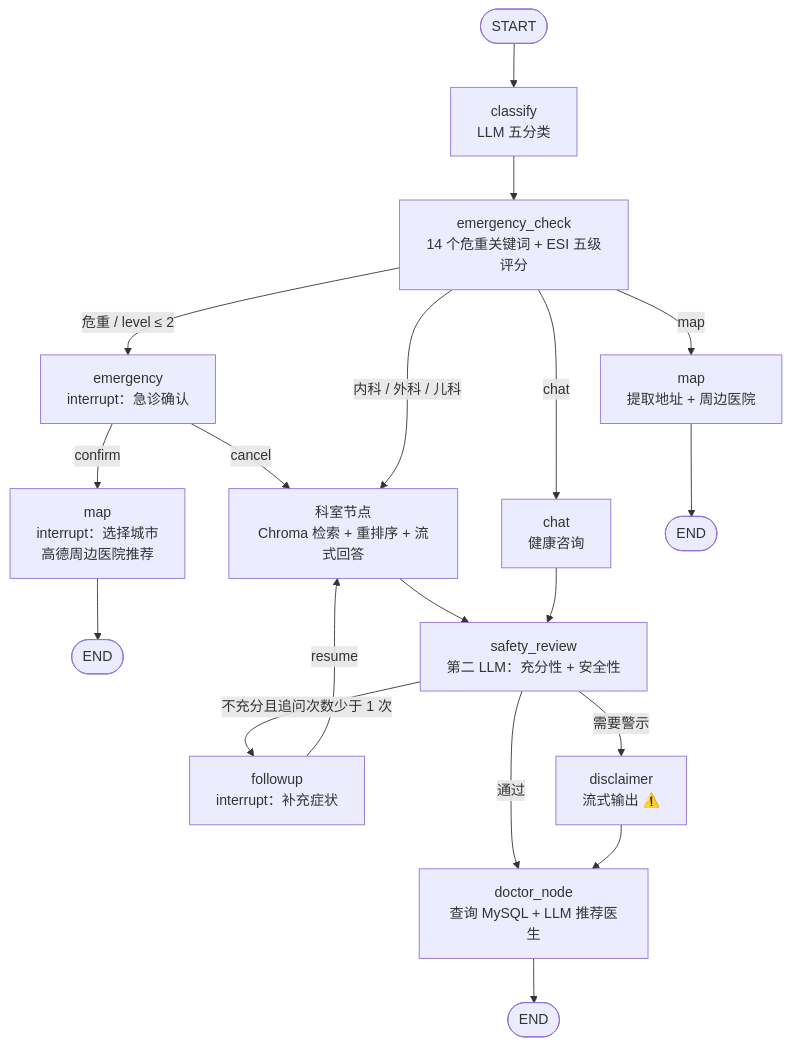
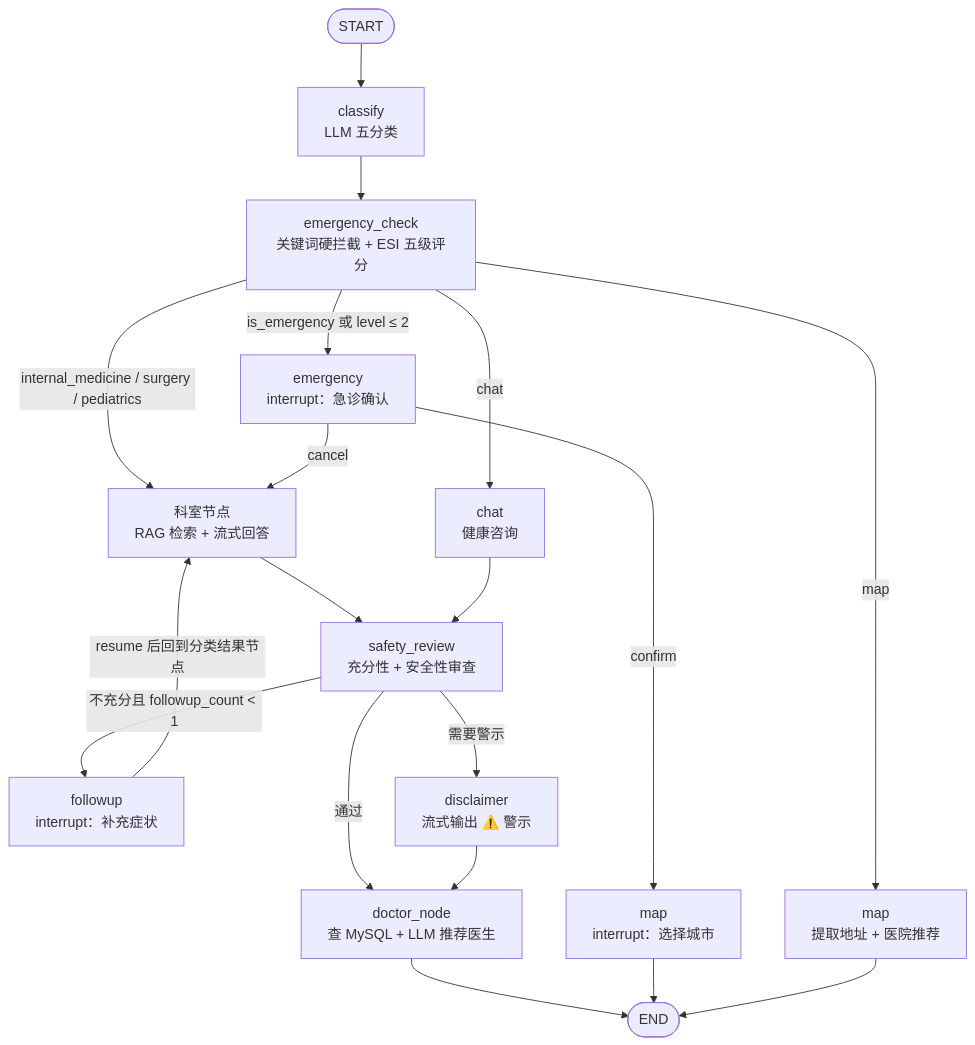
One commit to K-unK-un/Medical-Q-A-Agent changed the second of 2 diagrams in README.md. Above: the diagram before and after it, drawn with Mermaid. The commit also changed other lines of this file and 2 other files, not shown here.

````diff
--- a/README.md
+++ b/README.md
@@ -24,21 +64,26 @@
 ```mermaid
 flowchart TD
-    S(["START"]) --> classify["classify<br/>LLM 五分类"]
-    classify --> check["emergency_check<br/>14 个危重关键词 + ESI 五级评分"]
-    check -->|"危重 / level ≤ 2"| emergency["emergency<br/>interrupt：急诊确认"]
-    emergency -->|confirm| mapEmg["map<br/>interrupt：选择城市<br/>高德周边医院推荐"]
-    emergency -->|cancel| dept
-    mapEmg --> E1(["END"])
-    check -->|"内科 / 外科 / 儿科"| dept["科室节点<br/>Chroma 检索 + 重排序 + 流式回答"]
-    check -->|chat| chat["chat<br/>健康咨询"]
-    check -->|map| map["map<br/>提取地址 + 周边医院"]
-    dept --> review["safety_review<br/>第二 LLM：充分性 + 安全性"]
-    chat --> review
-    review -->|"不充分且追问次数少于 1 次"| followup["followup<br/>interrupt：补充症状"]
-    followup -->|resume| dept
-    review -->|"需要警示"| disclaimer["disclaimer<br/>流式输出 ⚠️"]
-    review -->|"通过"| doctor["doctor_node<br/>查询 MySQL + LLM 推荐医生"]
-    disclaimer --> doctor
-    doctor --> E2(["END"])
-    map --> E3(["END"])
+    START([START]) --> classify["classify<br/>LLM 五分类"]
+    classify --> emergency_check["emergency_check<br/>关键词硬拦截 + ESI 五级评分"]
+
+    emergency_check -->|"is_emergency 或 level ≤ 2"| emergency["emergency<br/>interrupt：急诊确认"]
+    emergency_check -->|"internal_medicine / surgery / pediatrics"| dept["科室节点<br/>RAG 检索 + 流式回答"]
+    emergency_check -->|"chat"| chat["chat<br/>健康咨询"]
+    emergency_check -->|"map"| map["map<br/>提取地址 + 医院推荐"]
+
+    emergency -->|"confirm"| map_emergency["map<br/>interrupt：选择城市"]
+    emergency -->|"cancel"| dept
+
+    dept --> safety_review["safety_review<br/>充分性 + 安全性审查"]
+    chat --> safety_review
+
+    safety_review -->|"不充分且 followup_count < 1"| followup["followup<br/>interrupt：补充症状"]
+    followup -->|"resume 后回到分类结果节点"| dept
+    safety_review -->|"需要警示"| disclaimer["disclaimer<br/>流式输出 ⚠️ 警示"]
+    safety_review -->|"通过"| doctor_node["doctor_node<br/>查 MySQL + LLM 推荐医生"]
+    disclaimer --> doctor_node
+
+    doctor_node --> END([END])
+    map_emergency --> END
+    map --> END
 ```
````
